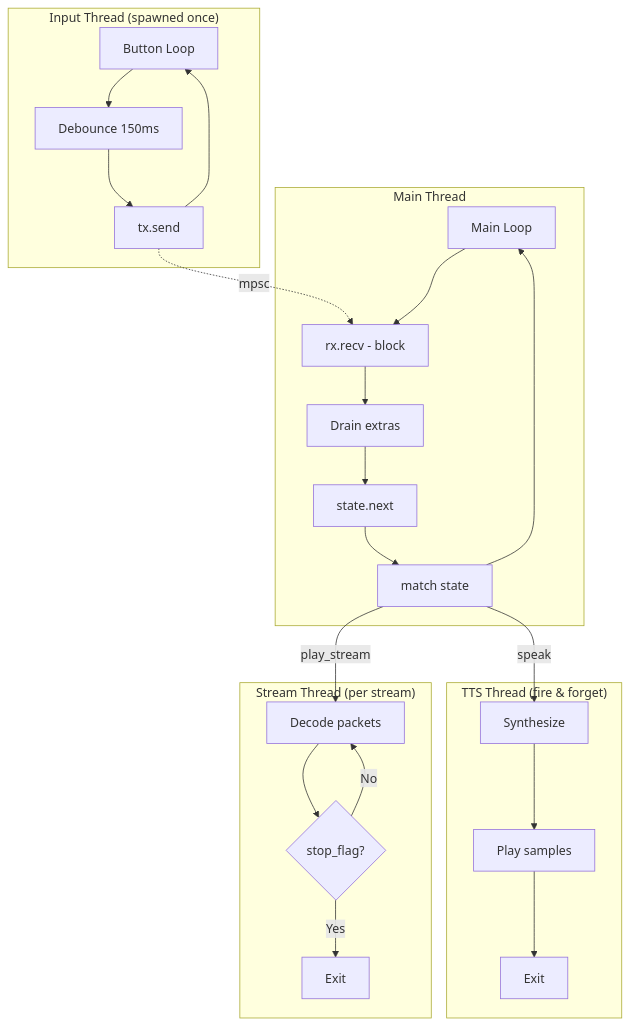
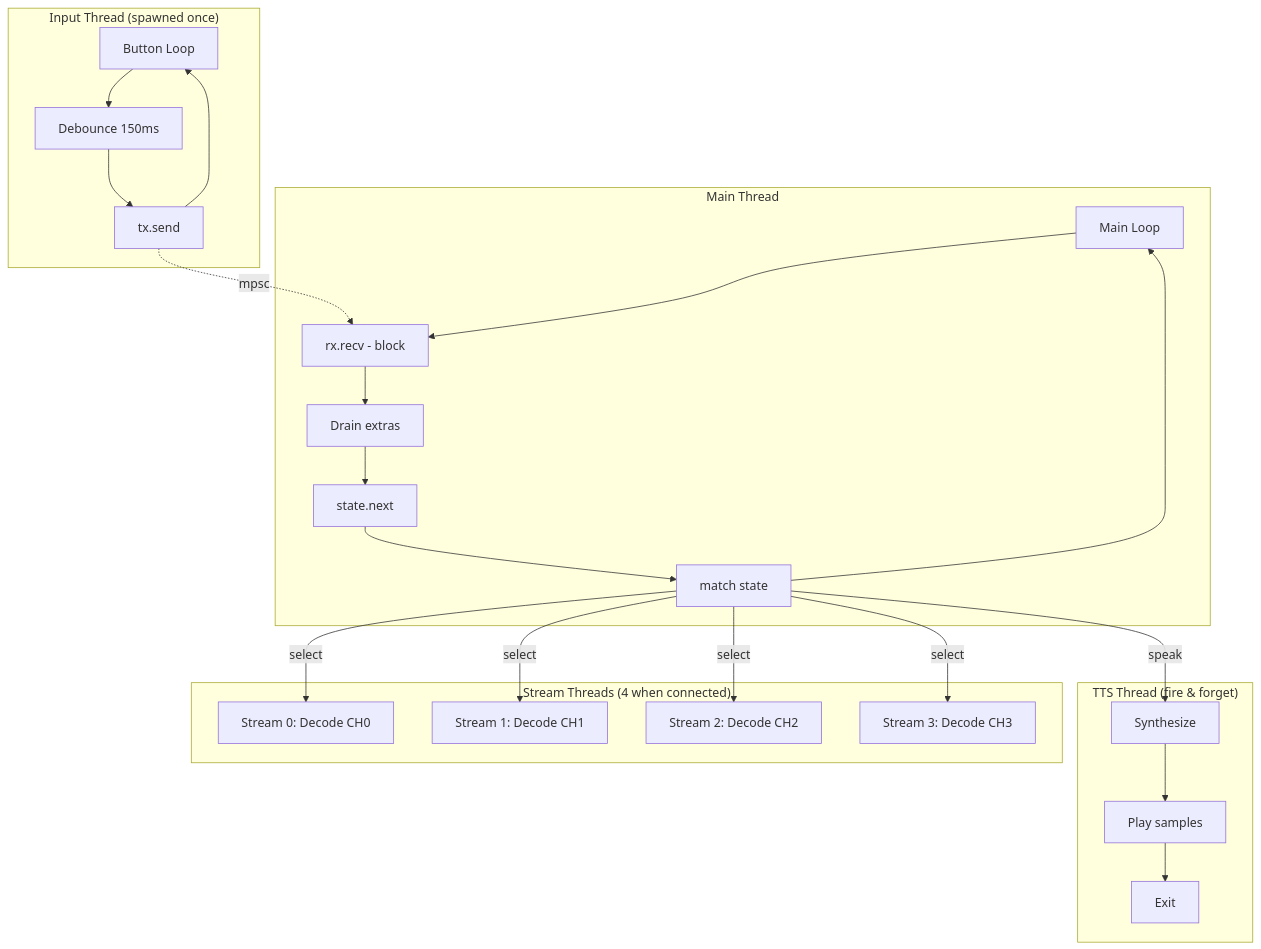
One commit to eralpkaraduman/lego-radio changed the fifth of 5 diagrams in docs/state-machine.md. Above: the diagram before and after it, drawn with Mermaid. The commit also changed other lines of this file and 2 other files, not shown here.

First line of the commit message:
Implement multi-stream architecture for instant channel switching

````diff
--- a/docs/state-machine.md
+++ b/docs/state-machine.md
@@ -283,35 +336,38 @@
 ```mermaid
 flowchart TB
     subgraph "Main Thread"
         ML[Main Loop]
         ML --> WB[rx.recv - block]
         WB --> DR[Drain extras]
         DR --> ST[state.next]
         ST --> PC[match state]
         PC --> ML
     end
 
     subgraph "Input Thread (spawned once)"
         BL[Button Loop]
         BL --> DP[Debounce 150ms]
         DP --> TX[tx.send]
         TX --> BL
     end
 
-    subgraph "Stream Thread (per stream)"
-        STR[Decode packets]
-        STR --> CHK{stop_flag?}
-        CHK -->|No| STR
-        CHK -->|Yes| END[Exit]
+    subgraph "Stream Threads (4 when connected)"
+        STR0[Stream 0: Decode CH0]
+        STR1[Stream 1: Decode CH1]
+        STR2[Stream 2: Decode CH2]
+        STR3[Stream 3: Decode CH3]
     end
 
     subgraph "TTS Thread (fire & forget)"
         SYN[Synthesize]
         SYN --> PLY[Play samples]
         PLY --> DONE[Exit]
     end
 
     TX -.->|mpsc| WB
-    PC -->|play_stream| STR
+    PC -->|select| STR0
+    PC -->|select| STR1
+    PC -->|select| STR2
+    PC -->|select| STR3
     PC -->|speak| SYN
 ```
````
